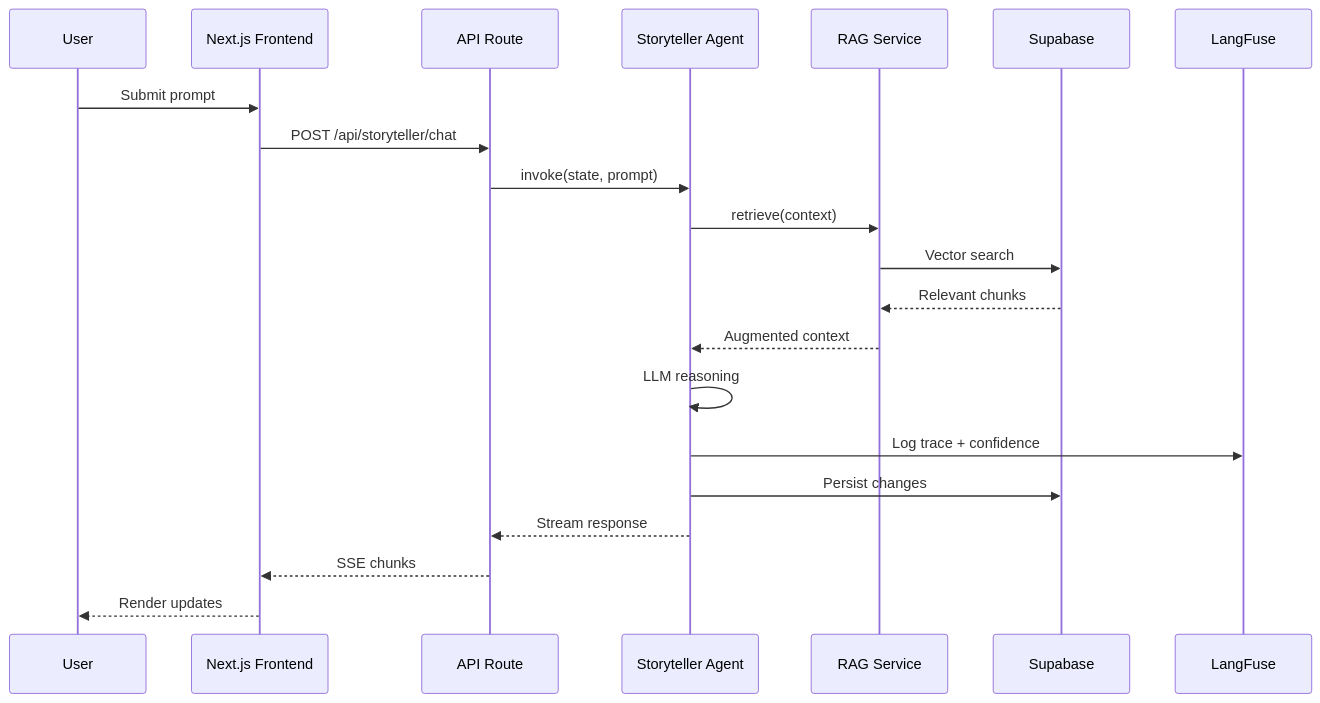
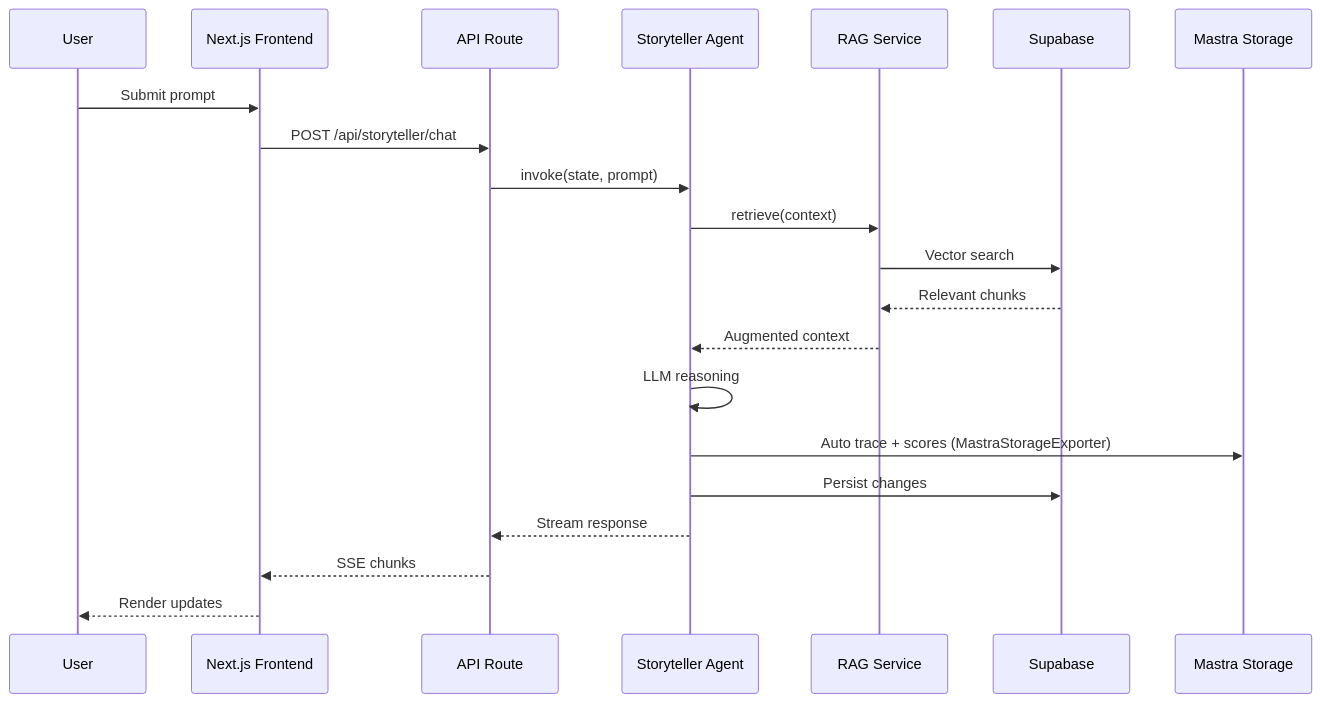
Before and after one commit to jsroga/nomos: the third of 3 diagrams in docs/ARCHITECTURE.md, drawn with Mermaid. The commit also changed other lines of this file and 74 other files, not shown here.

````diff
--- a/docs/ARCHITECTURE.md
+++ b/docs/ARCHITECTURE.md
@@ -171,27 +169,27 @@
 ```mermaid
 sequenceDiagram
     participant U as User
     participant FE as Next.js Frontend
     participant API as API Route
     participant Agent as Storyteller Agent
     participant RAG as RAG Service
     participant DB as Supabase
-    participant LF as LangFuse
+    participant Obs as Mastra Storage
 
     U->>FE: Submit prompt
     FE->>API: POST /api/storyteller/chat
     API->>Agent: invoke(state, prompt)
     
     Agent->>RAG: retrieve(context)
     RAG->>DB: Vector search
     DB-->>RAG: Relevant chunks
     RAG-->>Agent: Augmented context
     
     Agent->>Agent: LLM reasoning
-    Agent->>LF: Log trace + confidence
+    Agent->>Obs: Auto trace + scores (MastraStorageExporter)
     
     Agent->>DB: Persist changes
     Agent-->>API: Stream response
     API-->>FE: SSE chunks
     FE-->>U: Render updates
 ```
````
